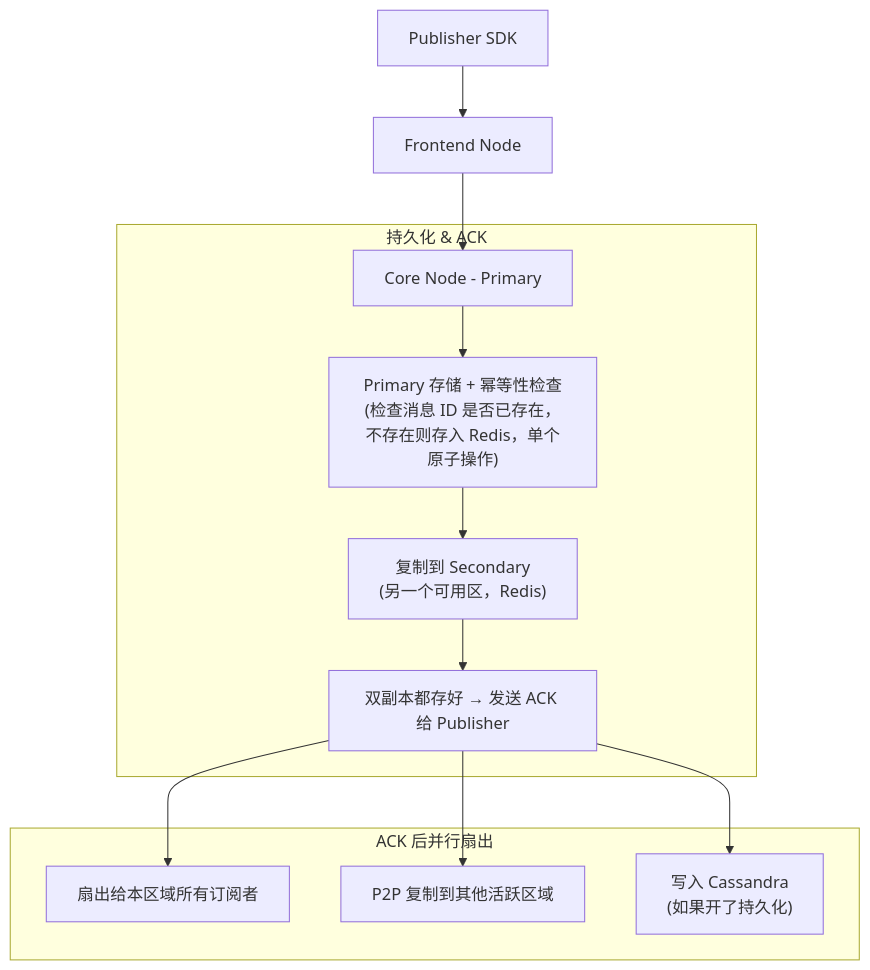
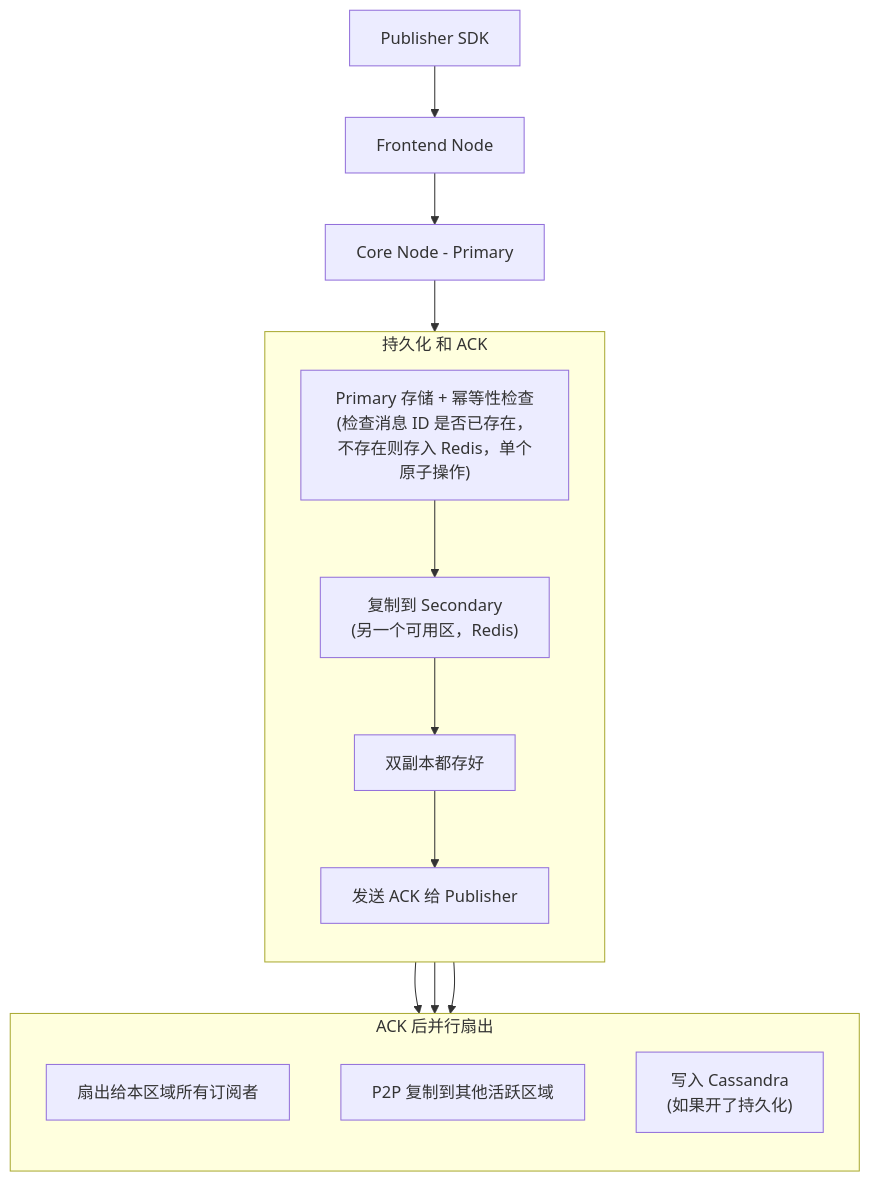
One commit to acmerfight/engineer-best-practice changed the diagram in realtime-push-infrastructure.md. Above: the diagram before and after it, drawn with Mermaid.

Commit message:
fix: resolve Mermaid subgraph rendering overlap issue

````diff
--- a/realtime-push-infrastructure.md
+++ b/realtime-push-infrastructure.md
@@ -80,17 +80,26 @@
 ```mermaid
 flowchart TD
     A[Publisher SDK] --> B[Frontend Node]
     B --> C[Core Node - Primary]
 
-    subgraph 持久化 & ACK
-        C --> D["Primary 存储 + 幂等性检查<br/>(检查消息 ID 是否已存在，不存在则存入 Redis，单个原子操作)"]
+    subgraph sub1 [持久化 和 ACK]
+        direction TB
+        D["Primary 存储 + 幂等性检查<br/>(检查消息 ID 是否已存在，不存在则存入 Redis，单个原子操作)"]
         D --> E["复制到 Secondary<br/>(另一个可用区，Redis)"]
-        E --> F["双副本都存好 → 发送 ACK 给 Publisher"]
+        E --> F[双副本都存好]
+        F --> G[发送 ACK 给 Publisher]
     end
 
-    subgraph ACK 后并行扇出
-        F --> H[扇出给本区域所有订阅者]
-        F --> I[P2P 复制到其他活跃区域]
-        F --> J["写入 Cassandra<br/>(如果开了持久化)"]
+    C --> D
+
+    subgraph sub2 [ACK 后并行扇出]
+        direction TB
+        H[扇出给本区域所有订阅者]
+        I[P2P 复制到其他活跃区域]
+        J["写入 Cassandra<br/>(如果开了持久化)"]
     end
+
+    G --> H
+    G --> I
+    G --> J
 ```
````
